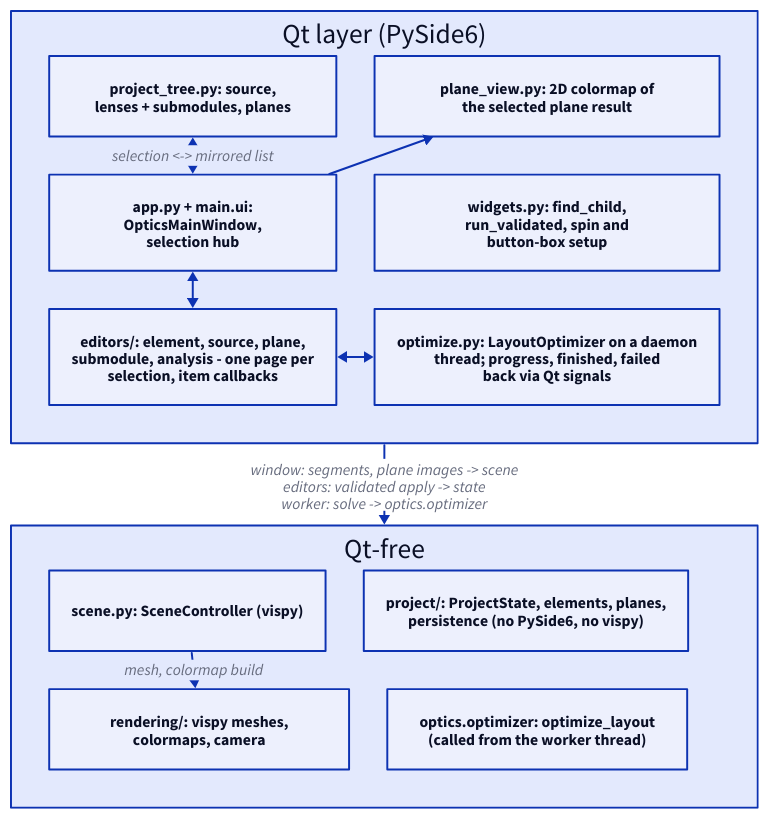
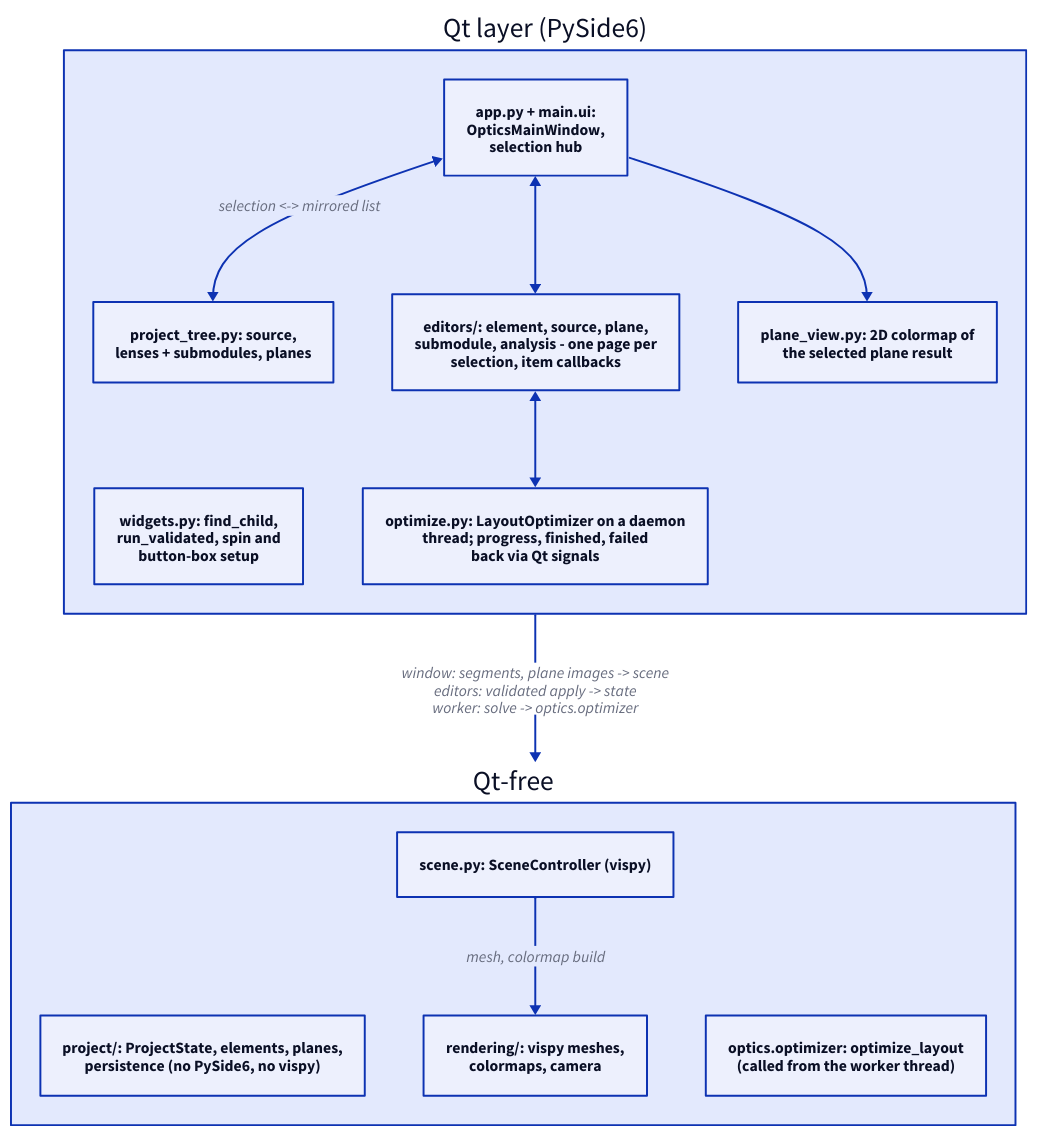
The diagram in docs/diagrams/ui-application.d2 (propane865/OpticsSimulator), drawn with D2 before and after one commit. The commit also changed 14 other files, not shown here.

Commit message:
docs: update diagrams to be cleaner, include diagram regenerator script

```diff
--- a/docs/diagrams/ui-application.d2
+++ b/docs/diagrams/ui-application.d2
@@ -1,31 +1,28 @@
-grid-rows: 2
-grid-gap: 84
+direction: down
 
 qt: "Qt layer (PySide6)" {
-  grid-columns: 2
-  grid-gap: 39
+  direction: right
   tree: "project_tree.py: source,\nlenses + submodules, planes"
   win: "app.py + main.ui:\nOpticsMainWindow,\nselection hub"
   ed: "editors/: element, source, plane,\nsubmodule, analysis - one page per\nselection, item callbacks"
   pv: "plane_view.py: 2D colormap of\nthe selected plane result"
   widgets: "widgets.py: find_child,\nrun_validated, spin and\nbutton-box setup"
   work: "optimize.py: LayoutOptimizer on a daemon\nthread; progress, finished, failed\nback via Qt signals"
 
   win <-> tree: selection <-> mirrored list
   win <-> ed
   win -> pv
   ed <-> work
 }
 
 free: "Qt-free" {
-  grid-rows: 2
-  grid-gap: 39
+  direction: right
   scene: "scene.py: SceneController (vispy)"
   state: "project/: ProjectState, elements, planes,\npersistence (no PySide6, no vispy)"
   rendering: "rendering/: vispy meshes,\ncolormaps, camera"
   opt: "optics.optimizer: optimize_layout\n(called from the worker thread)"
 
   scene -> rendering: mesh, colormap build
 }
 
 qt -> free: "window: segments, plane images -> scene\neditors: validated apply -> state\nworker: solve -> optics.optimizer"
```
